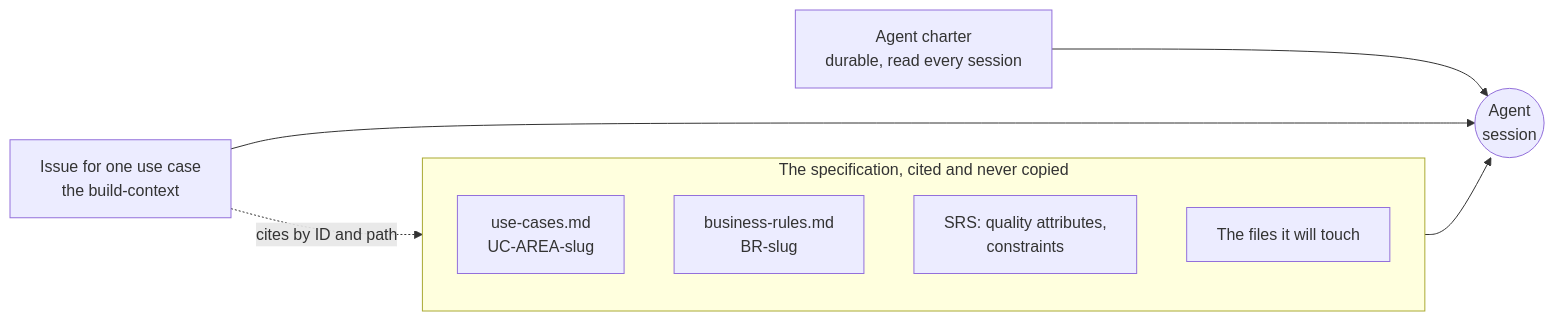
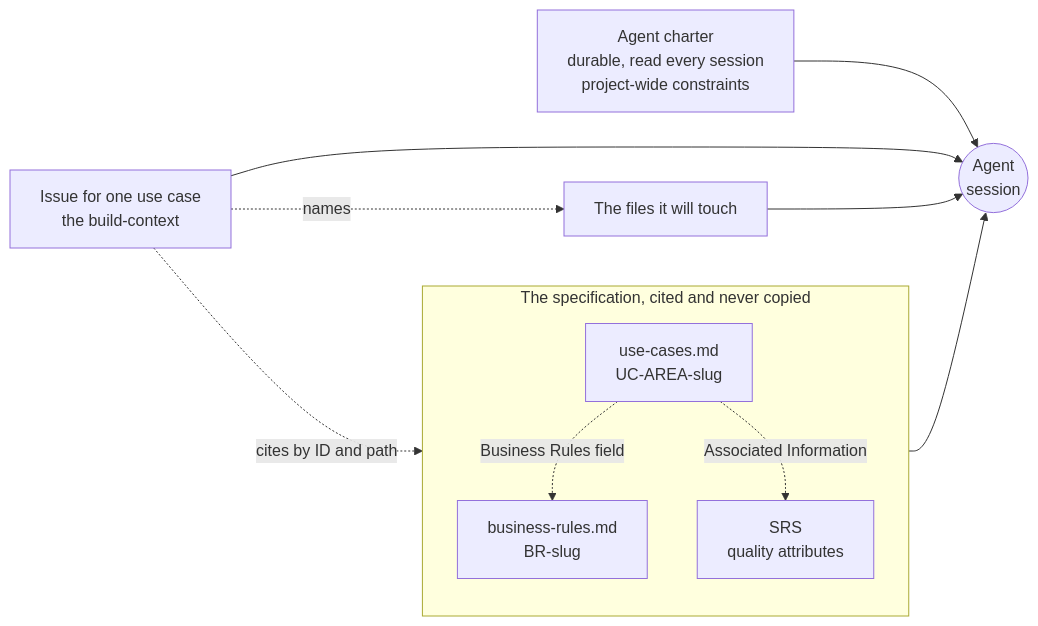
Before and after one commit to Washingtonwei/cosc-40943: the diagram in docs/modules/context-engineering.md, drawn with Mermaid. The commit also changed other lines of this file and 2 other files, not shown here.

Commit message:
Have the build-context cite the use case, not its rules
The use case template already cites its BR-* identifiers in its Business
Rules field and its quality attributes in Associated Information, so an
issue that lists them again holds a second list that drifts. The Sep 25
skeleton, the questions-test prompt, module section 4.5 and its diagram,
section 7, and the deck now have the issue cite the use case and stop.
Project-wide constraints go to the charter.

````diff
--- a/docs/modules/context-engineering.md
+++ b/docs/modules/context-engineering.md
@@ -153,14 +155,17 @@
 ```mermaid
 flowchart LR
-    CH["Agent charter<br/>durable, read every session"] --> S(("Agent<br/>session"))
+    CH["Agent charter<br/>durable, read every session<br/>project-wide constraints"] --> S(("Agent<br/>session"))
     ISS["Issue for one use case<br/>the build-context"] --> S
-    ISS -. cites by ID and path .-> SPEC
+    ISS -. cites by ID and path .-> UC
+    ISS -. names .-> CODE["The files it will touch"]
     subgraph SPEC["The specification, cited and never copied"]
         direction TB
         UC["use-cases.md<br/>UC-AREA-slug"]
         BR["business-rules.md<br/>BR-slug"]
-        SRS["SRS: quality attributes,<br/>constraints"]
-        CODE["The files it will touch"]
+        SRS["SRS<br/>quality attributes"]
     end
+    UC -. Business Rules field .-> BR
+    UC -. Associated Information .-> SRS
     SPEC --> S
+    CODE --> S
 ```
````
